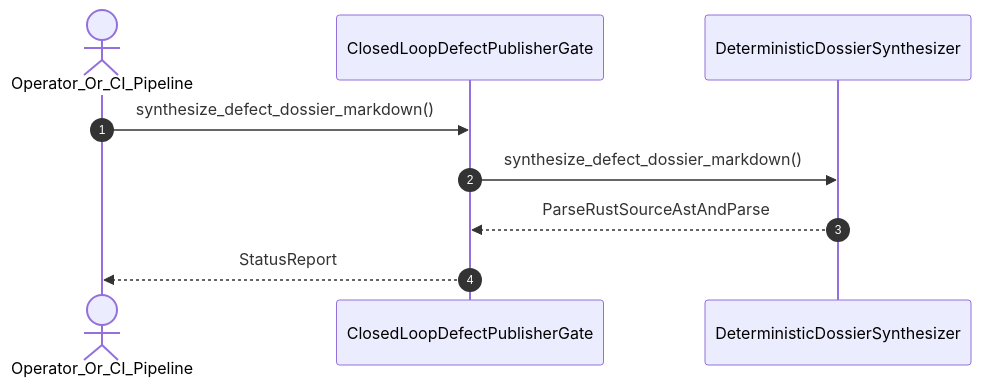
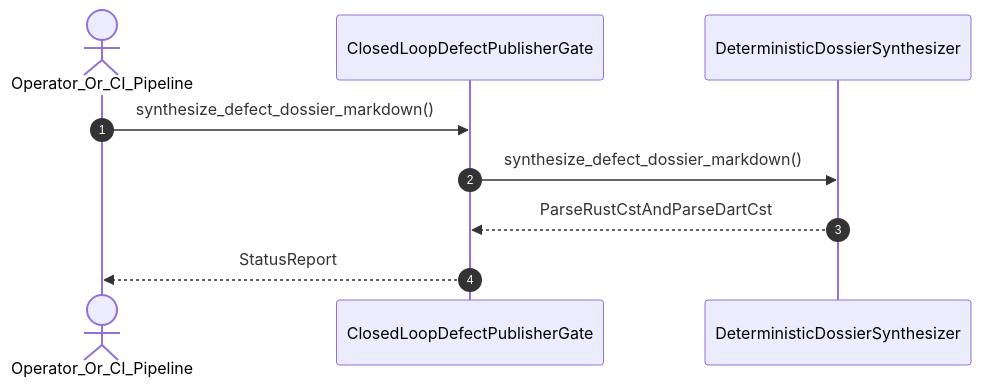
Before and after one commit to gintatkinson/DEAP01-spec-core: the diagram in .pipeline/upstream/docs/user-stories/US-40-synthesize_defect_dossier_markdown.md, drawn with Mermaid. The commit also changed other lines of this file and 196 other files, not shown here.

````diff
--- a/.pipeline/upstream/docs/user-stories/US-40-synthesize_defect_dossier_markdown.md
+++ b/.pipeline/upstream/docs/user-stories/US-40-synthesize_defect_dossier_markdown.md
@@ -37,11 +38,11 @@
 ```mermaid
 sequenceDiagram
     autonumber
     actor Operator_Or_CI_Pipeline
     participant ClosedLoopDefectPublisherGate
     participant DeterministicDossierSynthesizer
     Operator_Or_CI_Pipeline->>ClosedLoopDefectPublisherGate: synthesize_defect_dossier_markdown()
     ClosedLoopDefectPublisherGate->>DeterministicDossierSynthesizer: synthesize_defect_dossier_markdown()
-    DeterministicDossierSynthesizer-->>ClosedLoopDefectPublisherGate: ParseRustSourceAstAndParse
+    DeterministicDossierSynthesizer-->>ClosedLoopDefectPublisherGate: ParseRustCstAndParseDartCst
     ClosedLoopDefectPublisherGate-->>Operator_Or_CI_Pipeline: StatusReport
 ```
````
